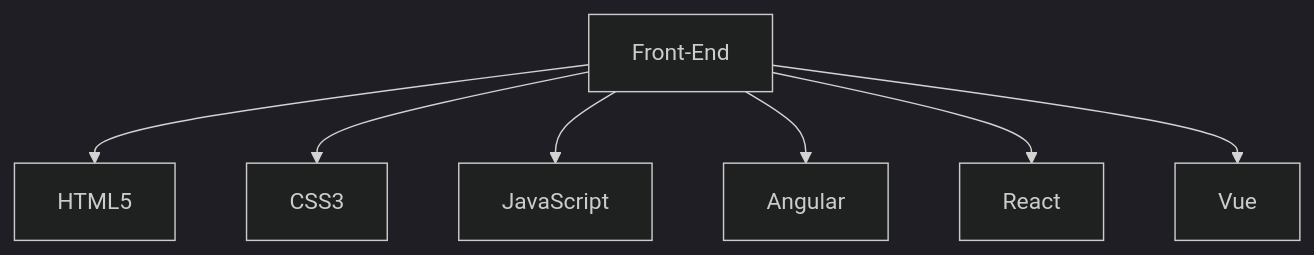
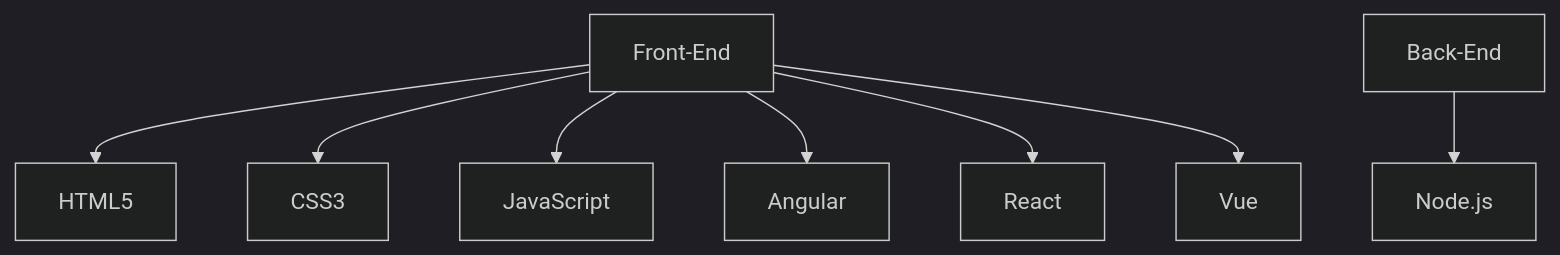
Before and after one commit to Diegocelsia/diegocelsia: the diagram in README.md, drawn with Mermaid (dark theme).

````diff
--- a/README.md
+++ b/README.md
@@ -45,9 +45,10 @@
 ```mermaid
 graph TD;
     Front-End-->HTML5;
     Front-End-->CSS3;
     Front-End-->JavaScript;
     Front-End-->Angular;
     Front-End-->React;
     Front-End-->Vue;
+    Back-End-->Node.js;
 ```
````
